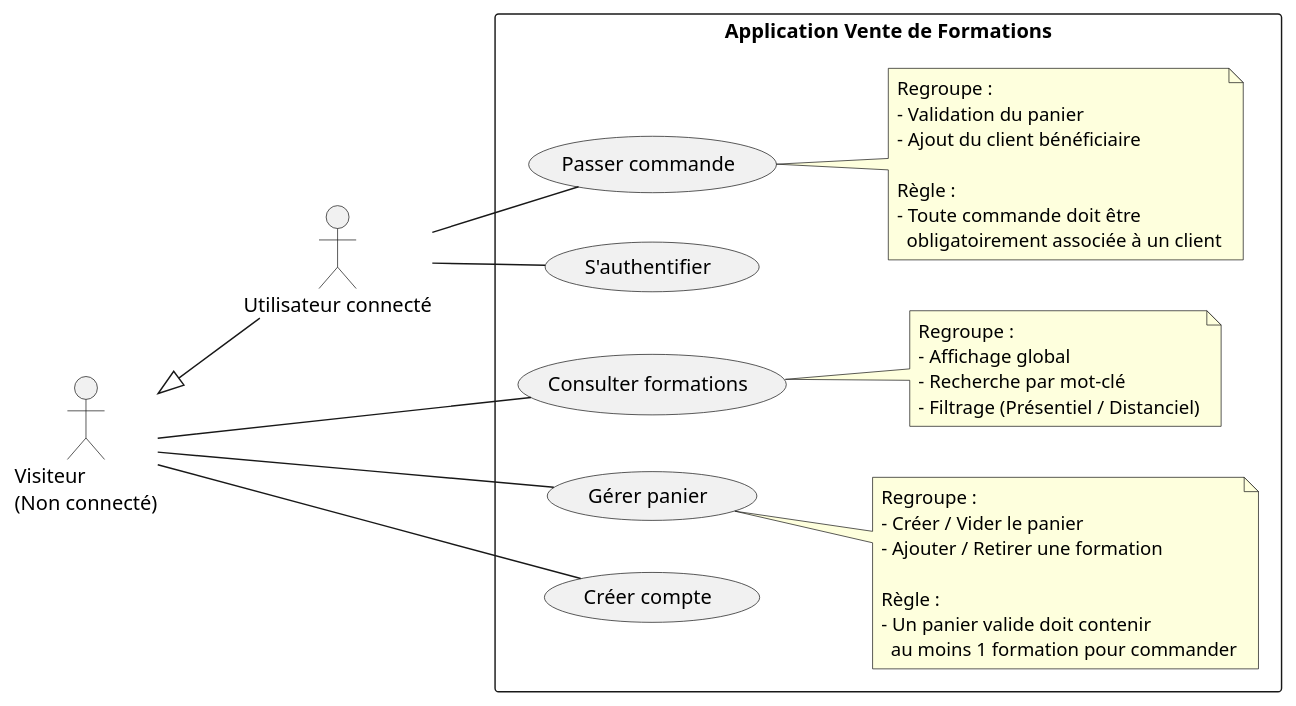
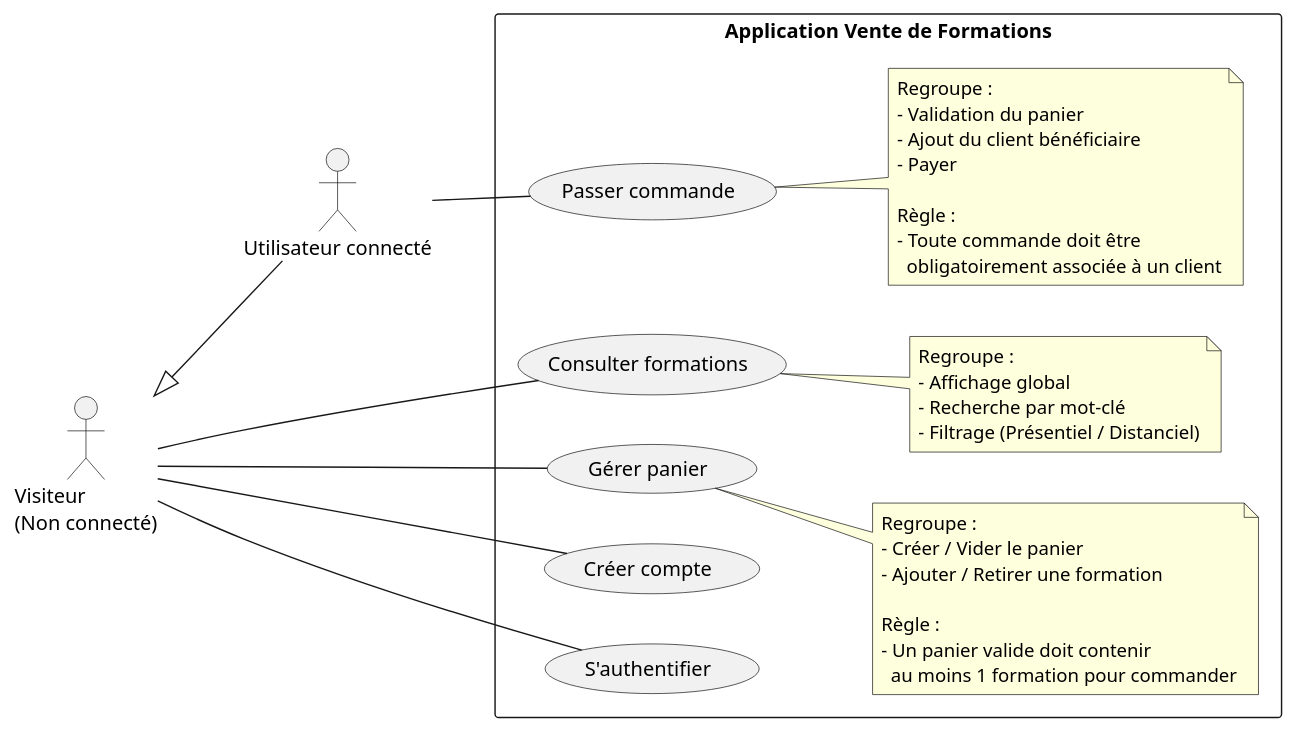
Before and after one commit to albanmartel/evaluation_metier_java: the diagram in doc/uml/1-use_case/training_sales-use_case.puml, drawn with PlantUML.

Commit message:
UPDATE: Mise à jour du diagramme de cas d'utilisation après Ãles remarques faites par Tristant LACAU

```diff
--- a/doc/uml/1-use_case/training_sales-use_case.puml
+++ b/doc/uml/1-use_case/training_sales-use_case.puml
@@ -1,56 +1,57 @@
 @startuml
 left to right direction
 
 /' --- ACTEURS --- '/
 actor "Visiteur\n(Non connecté)" as visiteur
 actor "Utilisateur connecté" as utilisateur
 
 ' Alignement vertical : Visiteur en haut
 visiteur <|-- utilisateur
 
 
 rectangle "Application Vente de Formations" {
 
   usecase "Consulter formations" as UC_Liste
   note right of UC_Liste
     Regroupe :
     - Affichage global
     - Recherche par mot-clé
     - Filtrage (Présentiel / Distanciel)
   end note
 
   usecase "Gérer panier" as UC_Panier
   note right of UC_Panier
     Regroupe :
     - Créer / Vider le panier
     - Ajouter / Retirer une formation
     
     Règle :
     - Un panier valide doit contenir 
       au moins 1 formation pour commander
   end note
 
   usecase "Créer compte" as UC_Creer
   usecase "S'authentifier" as UC_Authentification
 
   usecase "Passer commande" as UC_Commande
   note right of UC_Commande
     Regroupe :
     - Validation du panier
     - Ajout du client bénéficiaire
+    - Payer
     
     Règle :
     - Toute commande doit être 
       obligatoirement associée à un client
   end note
 }
 
 /' --- RELATIONS ACTEURS <--> CAS D'UTILISATION ---'/
 
 visiteur -- UC_Liste
 visiteur -- UC_Panier
 visiteur -- UC_Creer
+visiteur -- UC_Authentification
 
-utilisateur -- UC_Authentification
 utilisateur -- UC_Commande
 @enduml
```
